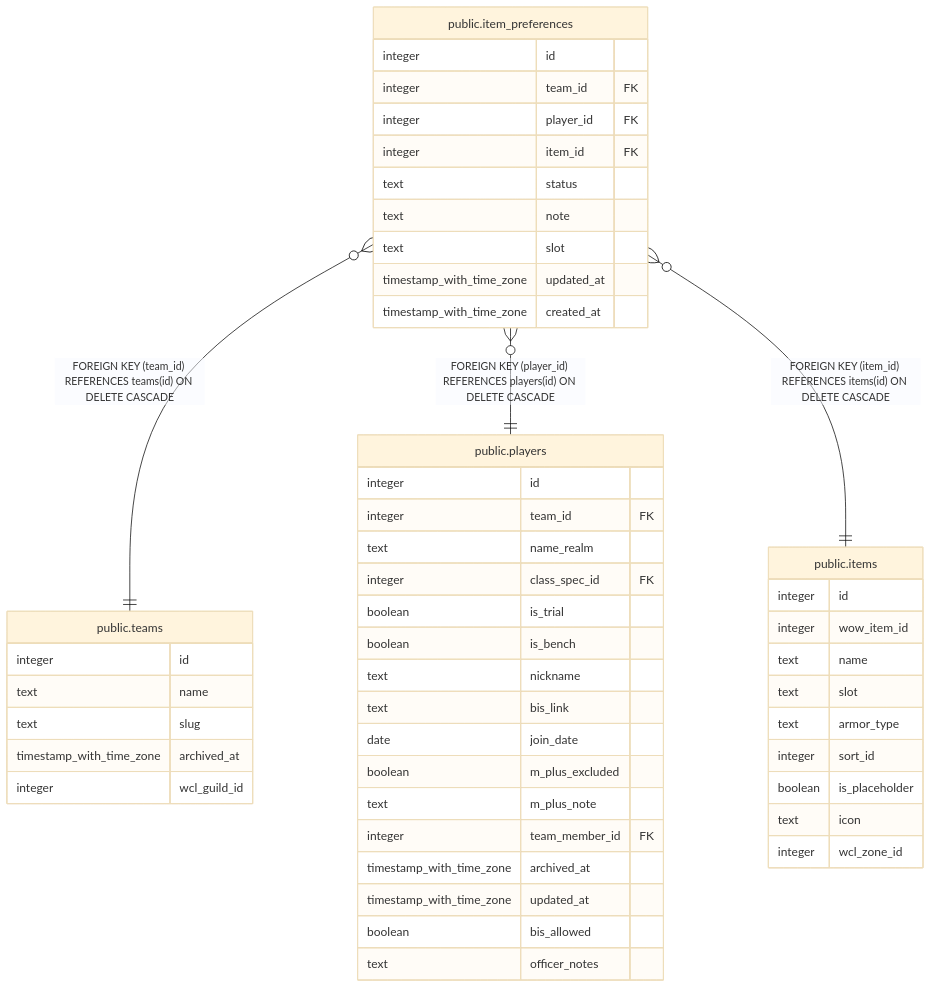
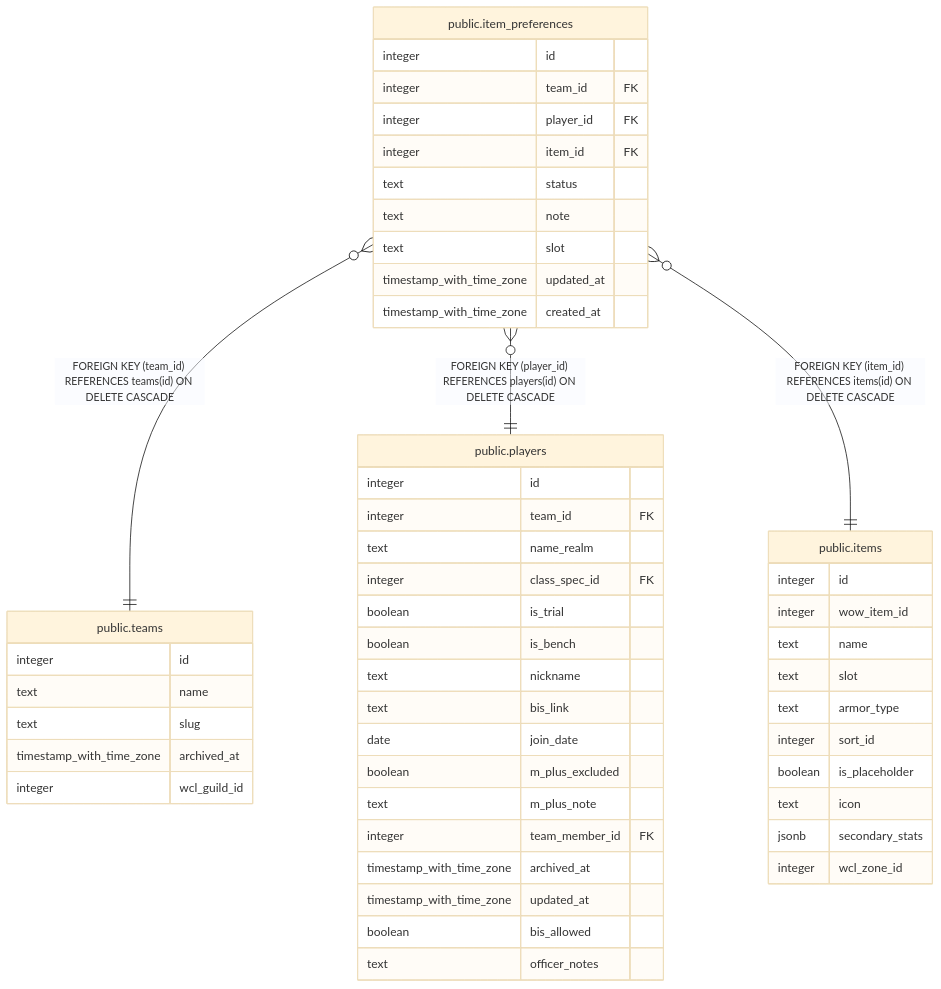
The diagram in dbdoc/public.item_preferences.md (katogaming88/WGA-Raid-Hub), drawn with Mermaid (base theme) before and after one commit. The commit also changed 18 other files, not shown here.

First line of the commit message:
Add secondary_stats to items schema + fetch script + backfill (#565)

````diff
--- a/dbdoc/public.item_preferences.md
+++ b/dbdoc/public.item_preferences.md
@@ -43,55 +43,56 @@
 ```mermaid
 erDiagram
 
 "public.item_preferences" }o--|| "public.teams" : "FOREIGN KEY (team_id) REFERENCES teams(id) ON DELETE CASCADE"
 "public.item_preferences" }o--|| "public.players" : "FOREIGN KEY (player_id) REFERENCES players(id) ON DELETE CASCADE"
 "public.item_preferences" }o--|| "public.items" : "FOREIGN KEY (item_id) REFERENCES items(id) ON DELETE CASCADE"
 
 "public.item_preferences" {
   integer id
   integer team_id FK
   integer player_id FK
   integer item_id FK
   text status
   text note
   text slot
   timestamp_with_time_zone updated_at
   timestamp_with_time_zone created_at
 }
 "public.teams" {
   integer id
   text name
   text slug
   timestamp_with_time_zone archived_at
   integer wcl_guild_id
 }
 "public.players" {
   integer id
   integer team_id FK
   text name_realm
   integer class_spec_id FK
   boolean is_trial
   boolean is_bench
   text nickname
   text bis_link
   date join_date
   boolean m_plus_excluded
   text m_plus_note
   integer team_member_id FK
   timestamp_with_time_zone archived_at
   timestamp_with_time_zone updated_at
   boolean bis_allowed
   text officer_notes
 }
 "public.items" {
   integer id
   integer wow_item_id
   text name
   text slot
   text armor_type
   integer sort_id
   boolean is_placeholder
   text icon
+  jsonb secondary_stats
   integer wcl_zone_id
 }
 ```
````
